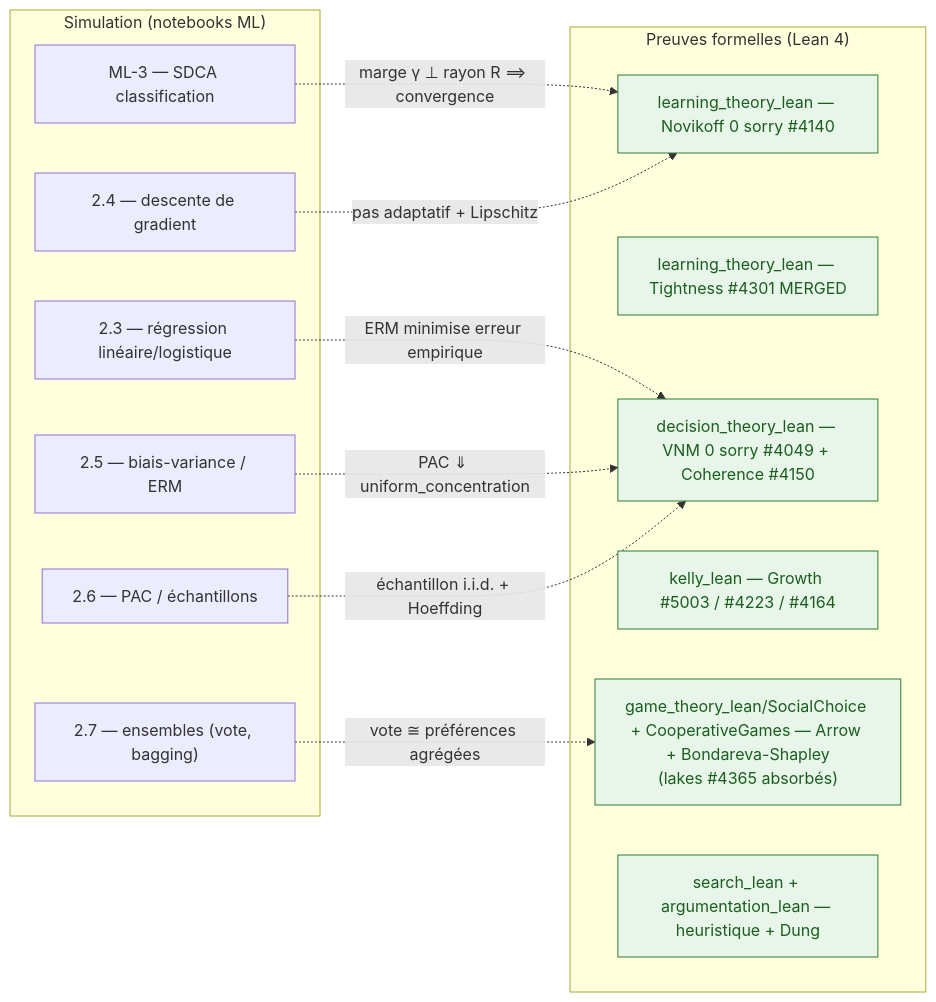
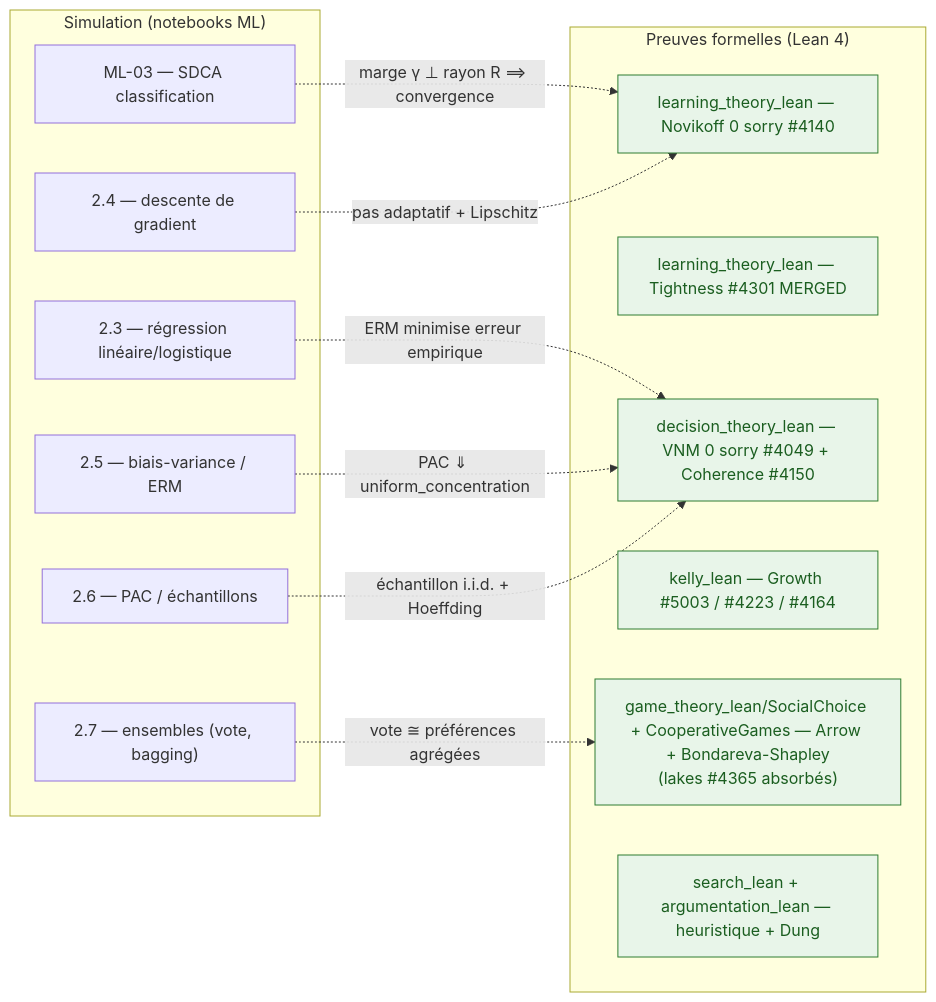
One commit to jsboige/CoursIA changed the diagram in MyIA.AI.Notebooks/ML/README.md. Above: the diagram before and after it, drawn with Mermaid. The commit also changed other lines of this file and 36 other files, not shown here.

````diff
--- a/MyIA.AI.Notebooks/ML/README.md
+++ b/MyIA.AI.Notebooks/ML/README.md
@@ -335,32 +335,32 @@
 ```mermaid
 flowchart LR
     subgraph SIM["Simulation (notebooks ML)"]
-        NB1["ML-3 — SDCA classification"]
+        NB1["ML-03 — SDCA classification"]
         NB2["2.3 — régression linéaire/logistique"]
         NB3["2.4 — descente de gradient"]
         NB4["2.5 — biais-variance / ERM"]
         NB5["2.7 — ensembles (vote, bagging)"]
         NB6["2.6 — PAC / échantillons"]
     end
     subgraph LEAN["Preuves formelles (Lean 4)"]
         L1["learning_theory_lean — Novikoff 0 sorry #4140"]
         L2["learning_theory_lean — Tightness #4301 MERGED"]
         L3["decision_theory_lean — VNM 0 sorry #4049 + Coherence #4150"]
         L4["kelly_lean — Growth #5003 / #4223 / #4164"]
         L5["game_theory_lean/SocialChoice + CooperativeGames — Arrow + Bondareva-Shapley<br/>(lakes #4365 absorbés)"]
         L6["search_lean + argumentation_lean — heuristique + Dung"]
     end
     NB1 -. "marge γ ⊥ rayon R ⟹ convergence" .-> L1
     NB2 -. "ERM minimise erreur empirique" .-> L3
     NB3 -. "pas adaptatif + Lipschitz" .-> L1
     NB4 -. "PAC ⇓ uniform_concentration" .-> L3
     NB5 -. "vote ≅ préférences agrégées" .-> L5
     NB6 -. "échantillon i.i.d. + Hoeffding" .-> L3
     %% color: explicite -- sans lui, libelle clair sur fond clair en mode sombre GitHub (#15022) ; ton parfois plus fonce que le stroke (le stroke en couleur de texte rendrait infer illisible) : ne pas harmoniser
     style L1 fill:#e8f5e9,stroke:#2e7d32,color:#1b5e20
     style L2 fill:#e8f5e9,stroke:#2e7d32,color:#1b5e20
     style L3 fill:#e8f5e9,stroke:#2e7d32,color:#1b5e20
     style L4 fill:#e8f5e9,stroke:#2e7d32,color:#1b5e20
     style L5 fill:#e8f5e9,stroke:#2e7d32,color:#1b5e20
     style L6 fill:#e8f5e9,stroke:#2e7d32,color:#1b5e20
 ```
````
